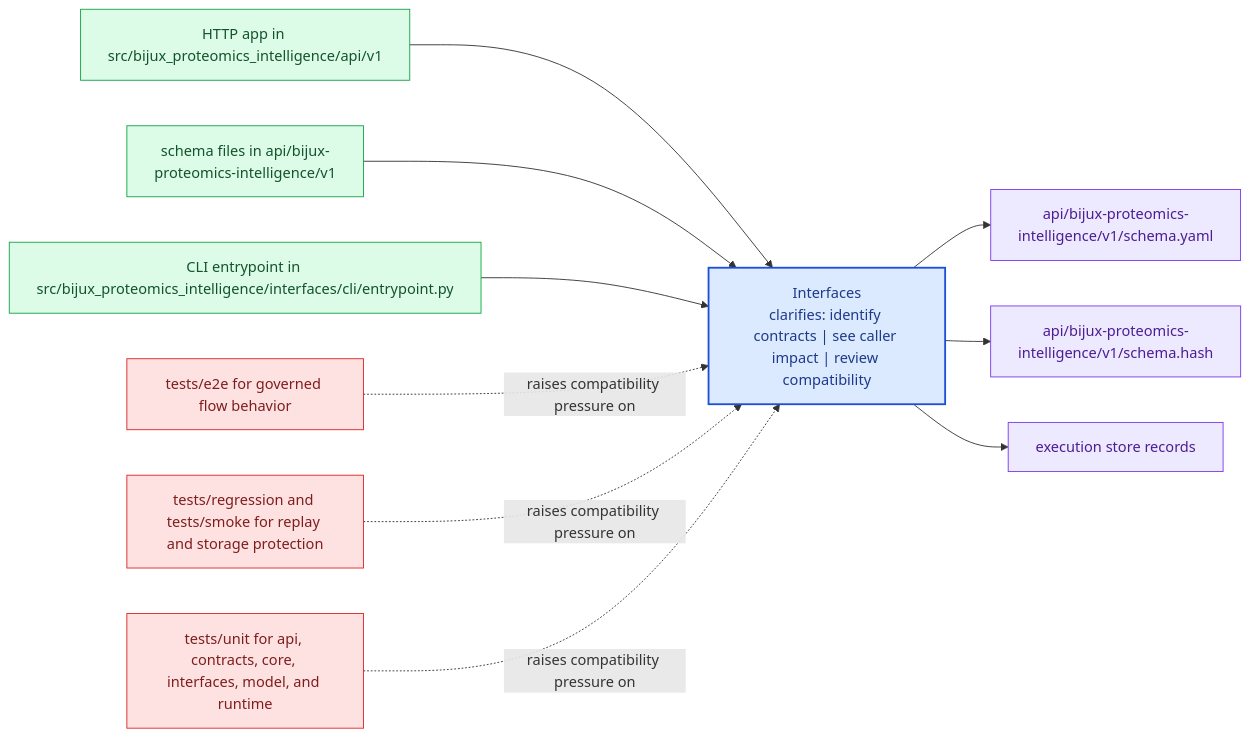
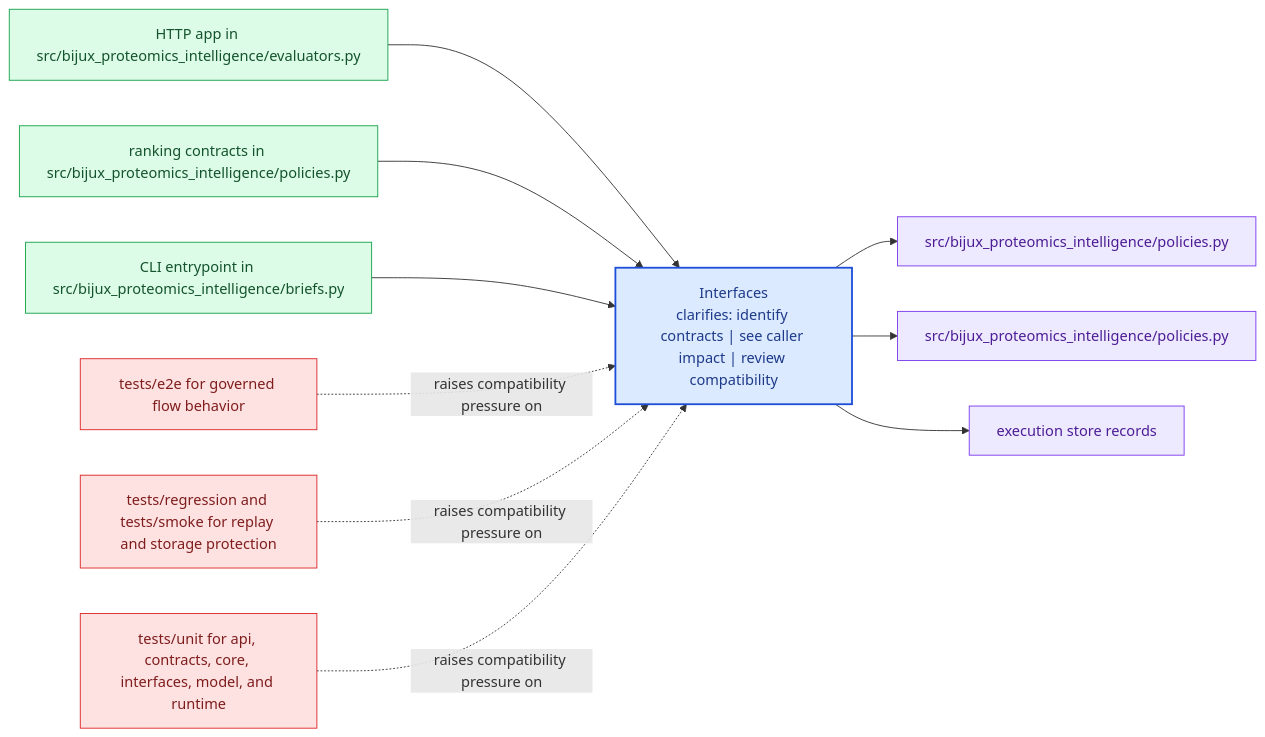
The diagram in docs/bijux-proteomics-intelligence/interfaces/index.md (bijux/bijux-proteomics), drawn with Mermaid before and after one commit. The commit also changed other lines of this file and 24 other files, not shown here.

Commit message:
docs(bijux-proteomics-intelligence): align handbook with ranking and decision responsibilities

````diff
--- a/docs/bijux-proteomics-intelligence/interfaces/index.md
+++ b/docs/bijux-proteomics-intelligence/interfaces/index.md
@@ -20,31 +20,31 @@
 ```mermaid
 flowchart LR
     page["Interfaces<br/>clarifies: identify contracts | see caller impact | review compatibility"]
     classDef page fill:#dbeafe,stroke:#1d4ed8,color:#1e3a8a,stroke-width:2px;
     classDef positive fill:#dcfce7,stroke:#16a34a,color:#14532d;
     classDef caution fill:#fee2e2,stroke:#dc2626,color:#7f1d1d;
     classDef anchor fill:#ede9fe,stroke:#7c3aed,color:#4c1d95;
     classDef action fill:#fef3c7,stroke:#d97706,color:#7c2d12;
-    surface1["HTTP app in src/bijux_proteomics_intelligence/api/v1"]
+    surface1["HTTP app in src/bijux_proteomics_intelligence/evaluators.py"]
     surface1 --> page
-    surface2["schema files in api/bijux-proteomics-intelligence/v1"]
+    surface2["ranking contracts in src/bijux_proteomics_intelligence/policies.py"]
     surface2 --> page
-    surface3["CLI entrypoint in src/bijux_proteomics_intelligence/interfaces/cli/entrypoint.py"]
+    surface3["CLI entrypoint in src/bijux_proteomics_intelligence/briefs.py"]
     surface3 --> page
-    proof1["api/bijux-proteomics-intelligence/v1/schema.yaml"]
+    proof1["src/bijux_proteomics_intelligence/policies.py"]
     page --> proof1
-    proof2["api/bijux-proteomics-intelligence/v1/schema.hash"]
+    proof2["src/bijux_proteomics_intelligence/policies.py"]
     page --> proof2
     proof3["execution store records"]
     page --> proof3
     review1["tests/e2e for governed flow behavior"]
     review1 -.raises compatibility pressure on.-> page
     review2["tests/regression and tests/smoke for replay and storage protection"]
     review2 -.raises compatibility pressure on.-> page
     review3["tests/unit for api, contracts, core, interfaces, model, and runtime"]
     review3 -.raises compatibility pressure on.-> page
     class page page;
     class surface1,surface2,surface3 positive;
     class proof1,proof2,proof3 anchor;
     class review1,review2,review3 caution;
 ```
````
